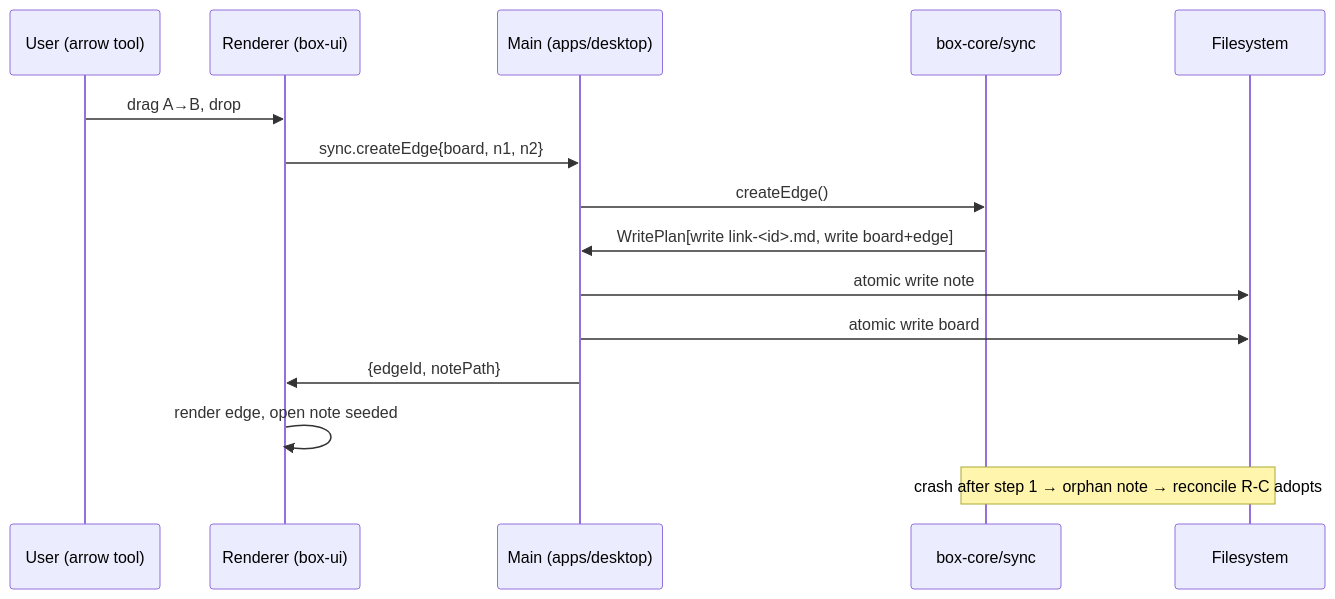
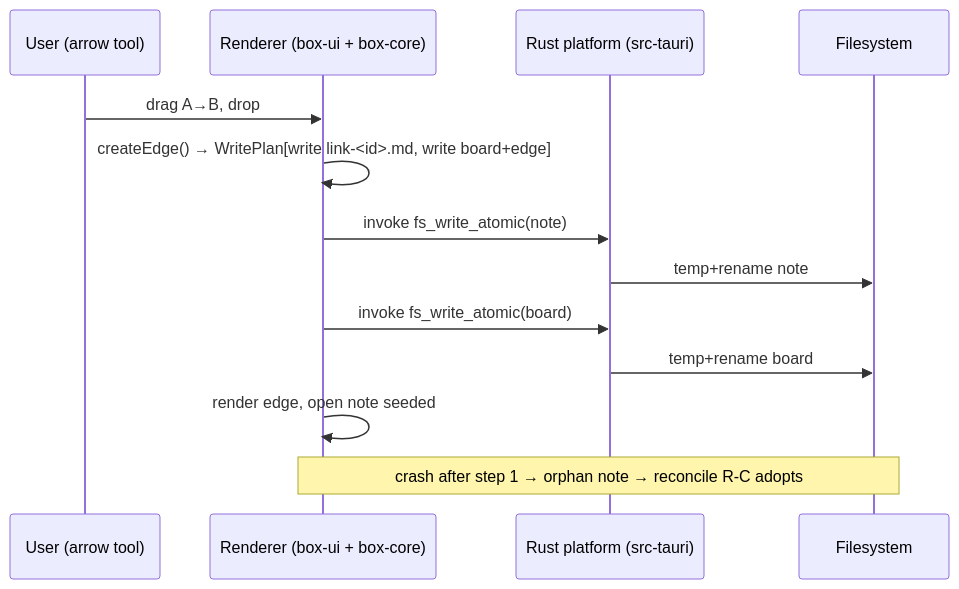
One commit to theCosmicCrafter/the-box changed the first of 2 diagrams in docs/ARCHITECTURE.md. Above: the diagram before and after it, drawn with Mermaid. The commit also changed other lines of this file and 43 other files, not shown here.

````diff
--- a/docs/ARCHITECTURE.md
+++ b/docs/ARCHITECTURE.md
@@ -134,17 +161,15 @@
 ```mermaid
 sequenceDiagram
   participant U as User (arrow tool)
-  participant R as Renderer (box-ui)
-  participant M as Main (apps/desktop)
-  participant C as box-core/sync
+  participant R as Renderer (box-ui + box-core)
+  participant P as Rust platform (src-tauri)
   participant F as Filesystem
   U->>R: drag A→B, drop
-  R->>M: sync.createEdge{board, n1, n2}
-  M->>C: createEdge()
-  C->>M: WritePlan[write link-<id>.md, write board+edge]
-  M->>F: atomic write note
-  M->>F: atomic write board
-  M->>R: {edgeId, notePath}
+  R->>R: createEdge() → WritePlan[write link-<id>.md, write board+edge]
+  R->>P: invoke fs_write_atomic(note)
+  P->>F: temp+rename note
+  R->>P: invoke fs_write_atomic(board)
+  P->>F: temp+rename board
   R->>R: render edge, open note seeded
-  Note over C,F: crash after step 1 → orphan note → reconcile R-C adopts
+  Note over R,F: crash after step 1 → orphan note → reconcile R-C adopts
 ```
````
